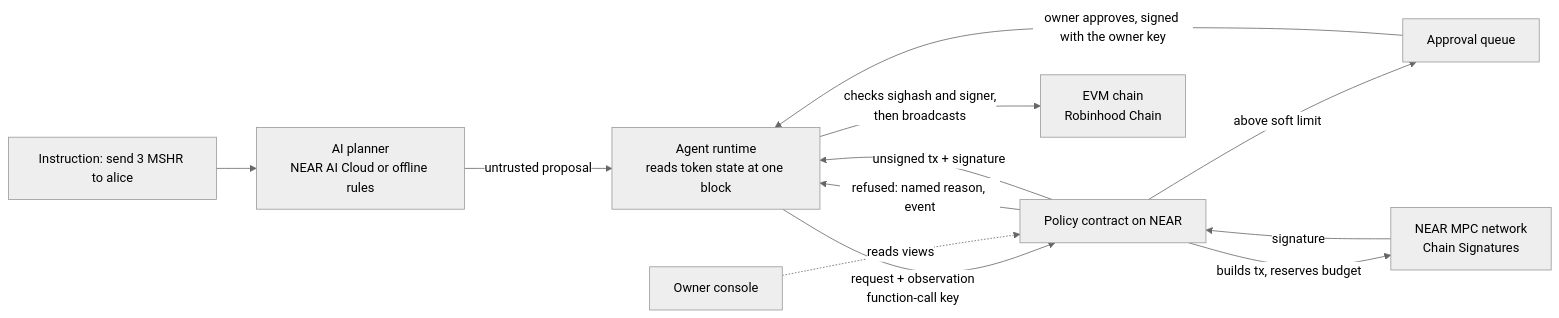
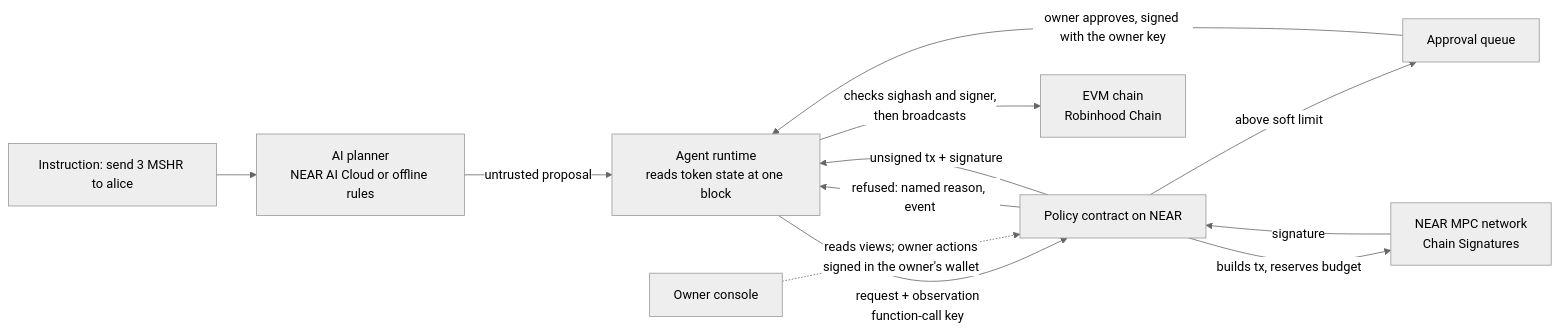
The diagram in README.md (shareexact/near-policy-signer), drawn with Mermaid (neutral theme) before and after one commit. The commit also changed other lines of this file and 9 other files, not shown here.

First line of the commit message:
console: sign owner actions in a NEAR wallet on testnet

````diff
--- a/README.md
+++ b/README.md
@@ -13,14 +13,14 @@
 ```mermaid
 flowchart LR
   U[Instruction: send 3 MSHR to alice] --> P[AI planner<br/>NEAR AI Cloud or offline rules]
   P -->|untrusted proposal| A[Agent runtime<br/>reads token state at one block]
   A -->|request + observation<br/>function-call key| C[Policy contract on NEAR]
   C -->|refused: named reason, event| A
   C -->|above soft limit| Q[Approval queue]
   Q -->|owner approves, signed with the owner key| A
   C -->|builds tx, reserves budget| M[NEAR MPC network<br/>Chain Signatures]
   M -->|signature| C
   C -->|unsigned tx + signature| A
   A -->|checks sighash and signer,<br/>then broadcasts| E[EVM chain<br/>Robinhood Chain]
-  O[Owner console] -.->|reads views| C
+  O[Owner console] -.->|reads views; owner actions<br/>signed in the owner's wallet| C
 ```
````
